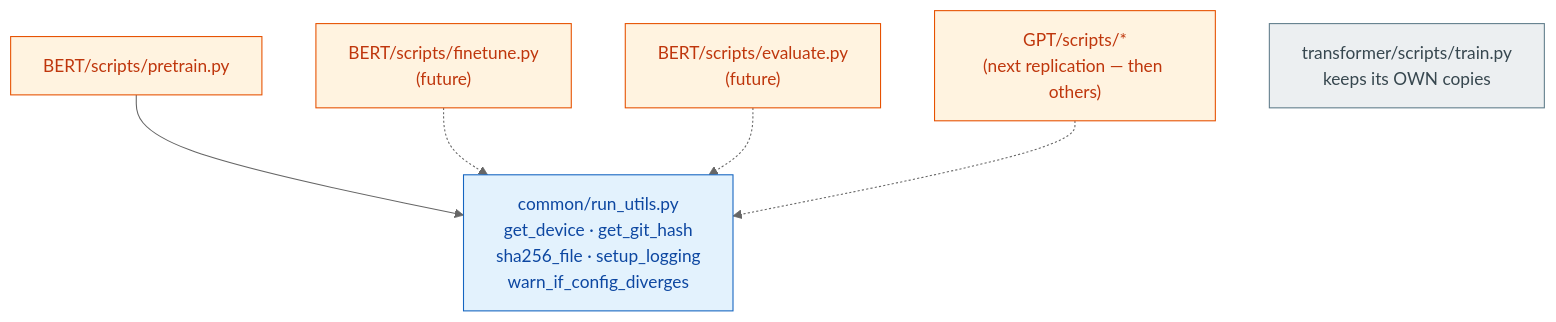
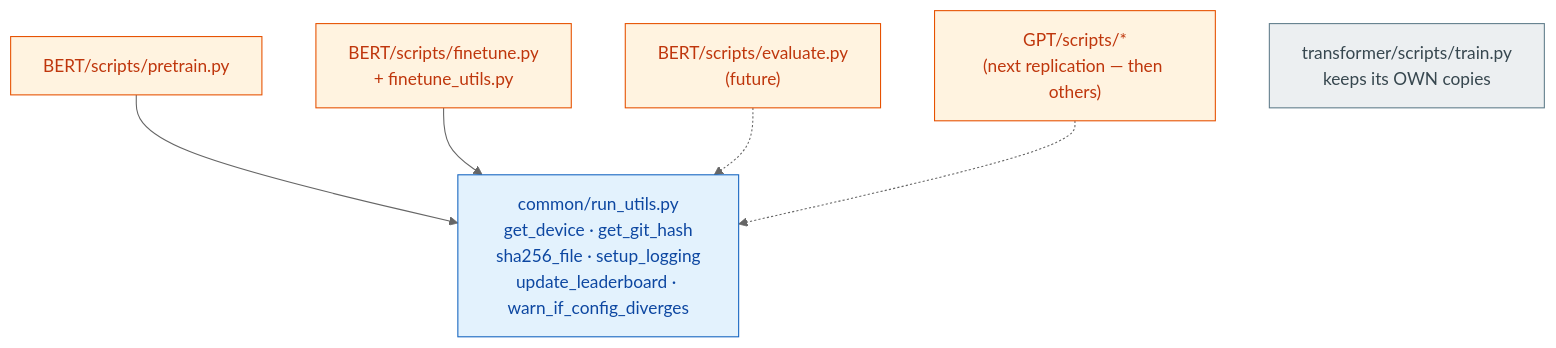
One commit to SamyamoyRakshit/papers-from-scratch changed the diagram in common/docs/run_utils.md. Above: the diagram before and after it, drawn with Mermaid (neutral theme). The commit also changed other lines of this file and 18 other files, not shown here.

````diff
--- a/common/docs/run_utils.md
+++ b/common/docs/run_utils.md
@@ -18,18 +18,18 @@
 ```mermaid
 flowchart TD
-    RU["common/run_utils.py<br/>get_device · get_git_hash<br/>sha256_file · setup_logging<br/>warn_if_config_diverges"]
+    RU["common/run_utils.py<br/>get_device · get_git_hash<br/>sha256_file · setup_logging<br/>update_leaderboard · warn_if_config_diverges"]
 
     PT["BERT/scripts/pretrain.py"] --> RU
-    FT["BERT/scripts/finetune.py<br/>(future)"] -.-> RU
+    FT["BERT/scripts/finetune.py<br/>+ finetune_utils.py"] --> RU
     EV["BERT/scripts/evaluate.py<br/>(future)"] -.-> RU
     FA["GPT/scripts/*<br/>(next replication — then others)"] -.-> RU
 
     TR["transformer/scripts/train.py<br/>keeps its OWN copies"]
 
     classDef this fill:#e3f2fd,stroke:#1565c0,color:#0d47a1;
     classDef ext  fill:#fff3e0,stroke:#e65100,color:#bf360c;
     classDef frozen fill:#eceff1,stroke:#607d8b,color:#37474f;
     class RU this;
     class PT,FT,EV,FA ext;
     class TR frozen;
 ```
````
